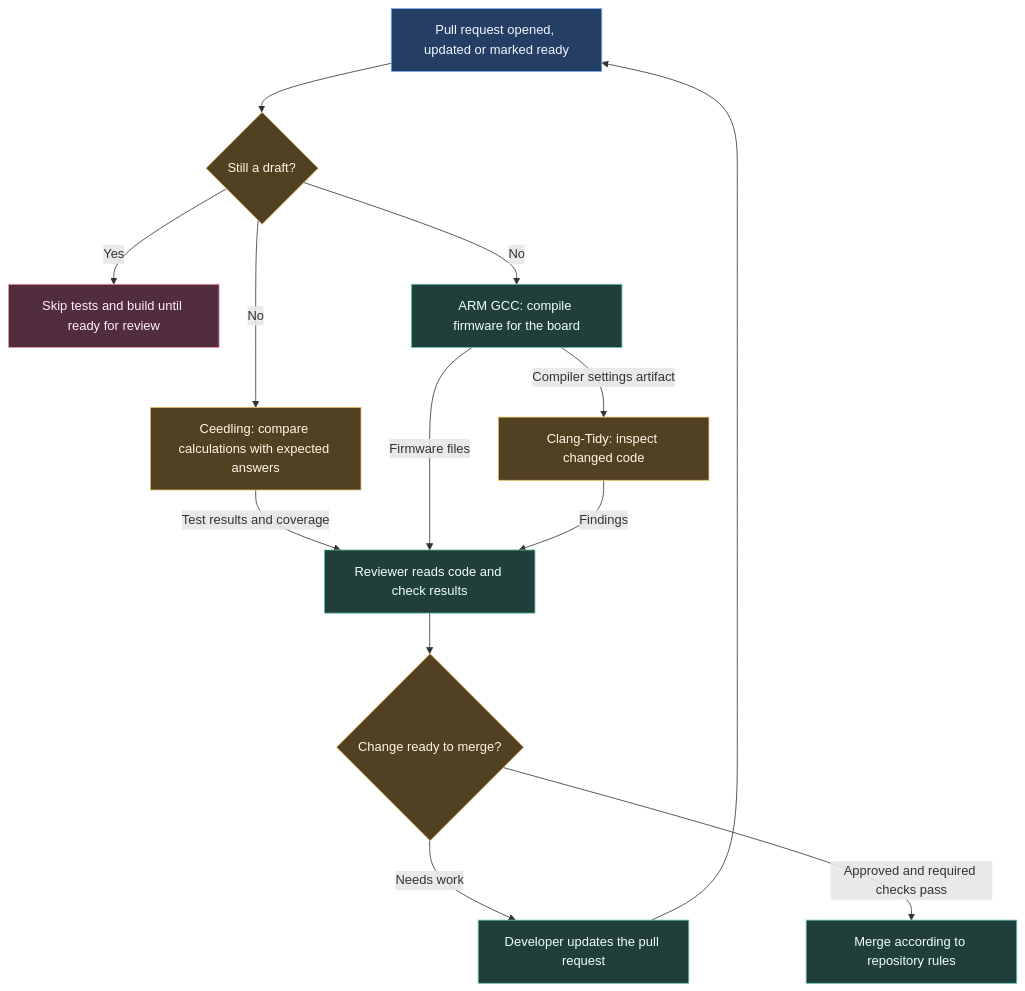
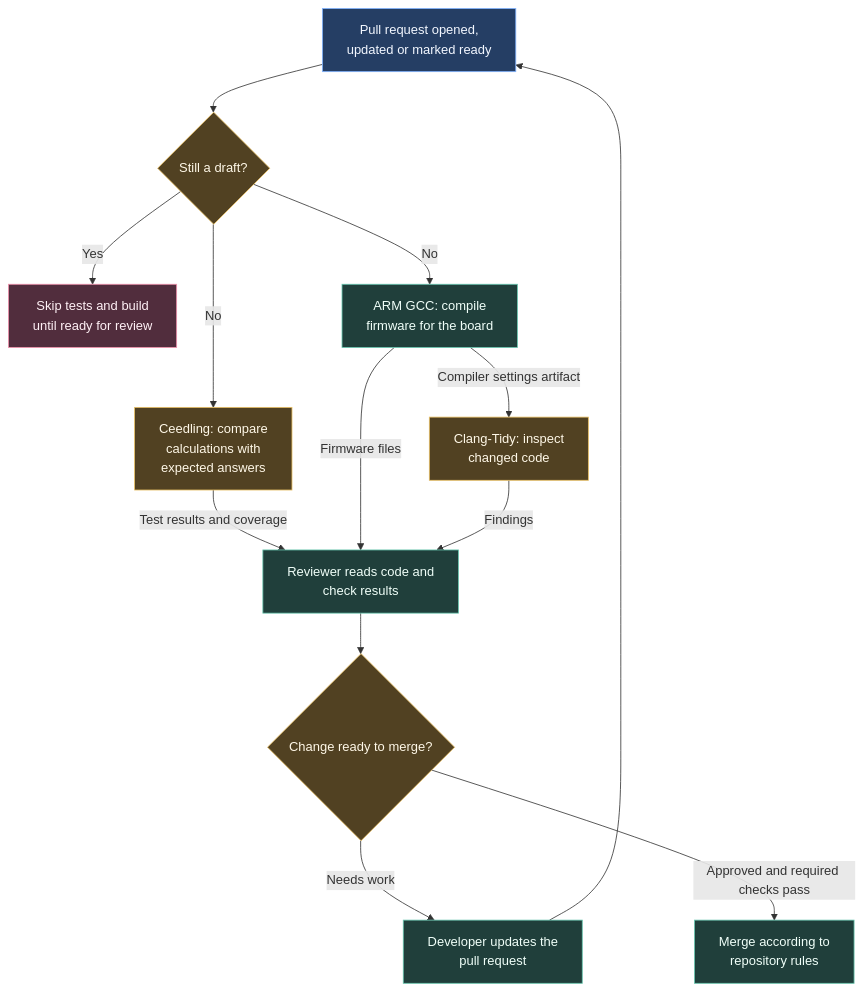
The diagram in docs/ci/pull-requests.md (ARTTU-Software/.github), drawn with Mermaid before and after one commit. The commit also changed 12 other files, not shown here.

Commit message:
docs: keep diagram labels readable within their nodes

````diff
--- a/docs/ci/pull-requests.md
+++ b/docs/ci/pull-requests.md
@@ -14,23 +14,23 @@
 ```mermaid
 flowchart TB
-    PR["Pull request opened, updated or marked ready"] --> DRAFT{"Still a draft?"}
-    DRAFT -->|Yes| WAIT["Skip tests and build until ready for review"]
-    DRAFT -->|No| TEST["Ceedling: compare calculations with expected answers"]
-    DRAFT -->|No| BUILD["ARM GCC: compile firmware for the board"]
-    BUILD -->|Compiler settings artifact| LINT["Clang-Tidy: inspect changed code"]
-    TEST -->|Test results and coverage| REVIEW["Reviewer reads code and check results"]
+    PR["Pull request opened,<br/>updated or marked ready"] --> DRAFT{"Still a draft?"}
+    DRAFT -->|Yes| WAIT["Skip tests and build<br/>until ready for review"]
+    DRAFT -->|No| TEST["Ceedling: compare<br/>calculations with<br/>expected answers"]
+    DRAFT -->|No| BUILD["ARM GCC: compile<br/>firmware for the board"]
+    BUILD -->|Compiler settings artifact| LINT["Clang-Tidy: inspect<br/>changed code"]
+    TEST -->|Test results and coverage| REVIEW["Reviewer reads code and<br/>check results"]
     BUILD -->|Firmware files| REVIEW
     LINT -->|Findings| REVIEW
     REVIEW --> DECIDE{"Change ready to merge?"}
-    DECIDE -->|Needs work| EDIT["Developer updates the pull request"]
+    DECIDE -->|Needs work| EDIT["Developer updates the<br/>pull request"]
     EDIT --> PR
-    DECIDE -->|Approved and required checks pass| MERGE["Merge according to repository rules"]
+    DECIDE -->|Approved and required checks pass| MERGE["Merge according to<br/>repository rules"]
     classDef event fill:#253e64,stroke:#82b4ff,color:#f3f7ff
     classDef work fill:#203f3b,stroke:#66c5ae,color:#f0fff9
     classDef check fill:#514122,stroke:#e8bf63,color:#fff8e8
     classDef failure fill:#512d3d,stroke:#ef91ac,color:#fff1f6
     class PR event
     class TEST,LINT,DRAFT,DECIDE check
     class BUILD,REVIEW,EDIT,MERGE work
     class WAIT failure
 ```
````
